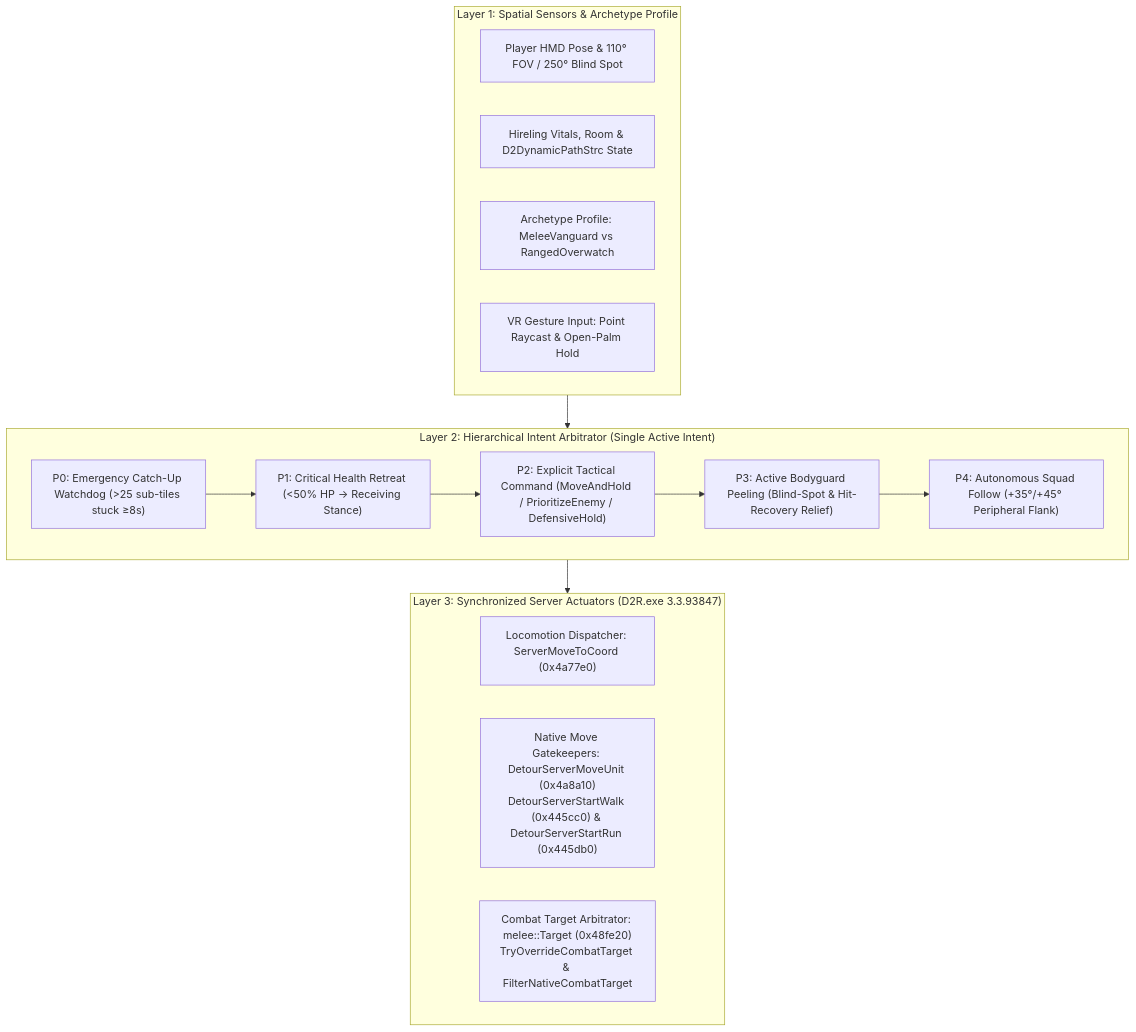
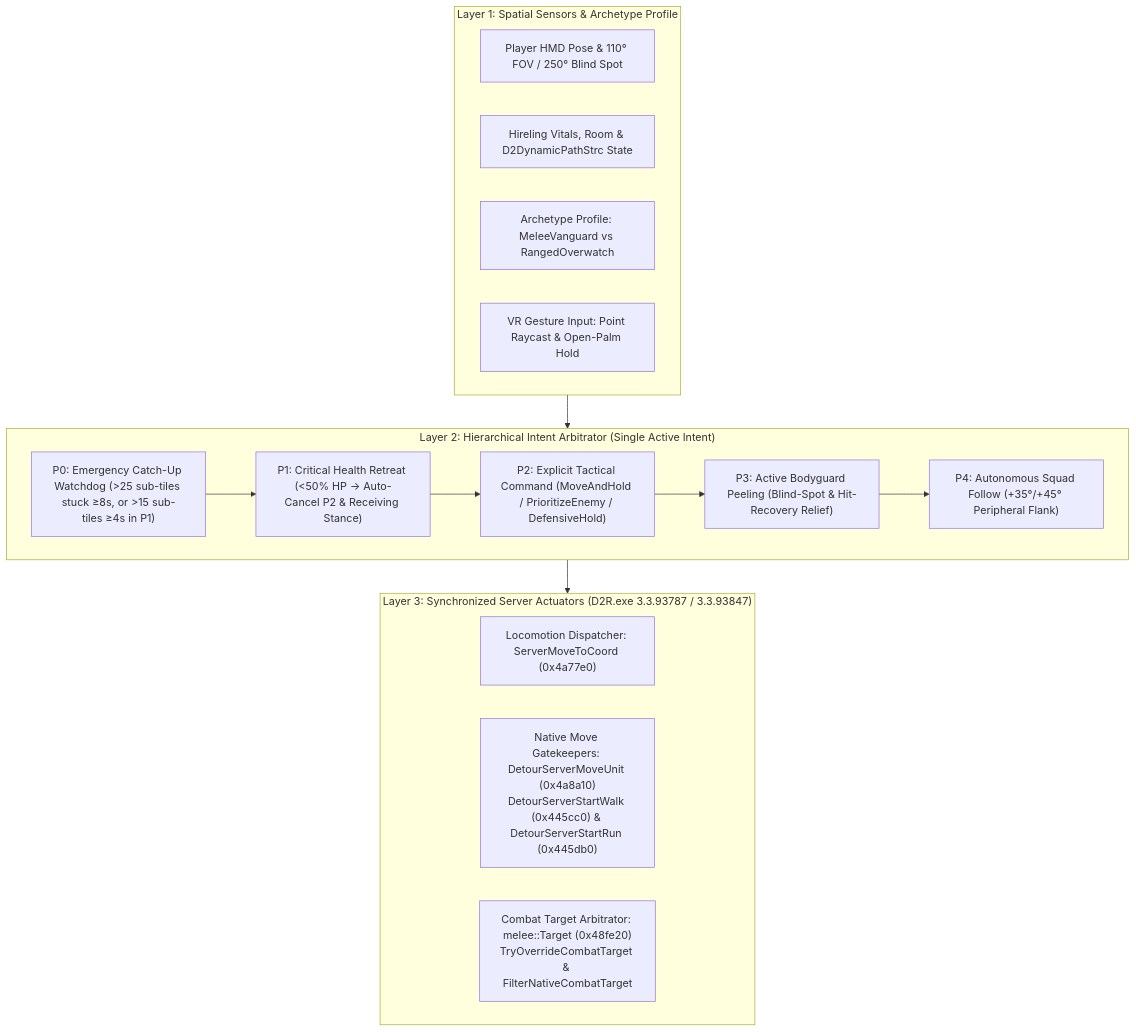
Before and after one commit to Mcklem/d2r-pcvr: the diagram in docs/VR_COMPANION_AI.md, drawn with Mermaid. The commit also changed other lines of this file and 15 other files, not shown here.

````diff
--- a/docs/VR_COMPANION_AI.md
+++ b/docs/VR_COMPANION_AI.md
@@ -19,26 +19,26 @@
 ```mermaid
 flowchart TD
     subgraph L1["Layer 1: Spatial Sensors & Archetype Profile"]
         S1["Player HMD Pose & 110° FOV / 250° Blind Spot"]
         S2["Hireling Vitals, Room & D2DynamicPathStrc State"]
         S3["Archetype Profile: MeleeVanguard vs RangedOverwatch"]
         S4["VR Gesture Input: Point Raycast & Open-Palm Hold"]
     end
 
     subgraph L2["Layer 2: Hierarchical Intent Arbitrator (Single Active Intent)"]
-        P0["P0: Emergency Catch-Up Watchdog (>25 sub-tiles stuck ≥8s)"]
-        P1["P1: Critical Health Retreat (<50% HP -> Receiving Stance)"]
+        P0["P0: Emergency Catch-Up Watchdog (>25 sub-tiles stuck ≥8s, or >15 sub-tiles ≥4s in P1)"]
+        P1["P1: Critical Health Retreat (<50% HP -> Auto-Cancel P2 & Receiving Stance)"]
         P2["P2: Explicit Tactical Command (MoveAndHold / PrioritizeEnemy / DefensiveHold)"]
         P3["P3: Active Bodyguard Peeling (Blind-Spot & Hit-Recovery Relief)"]
         P4["P4: Autonomous Squad Follow (+35°/+45° Peripheral Flank)"]
         P0 --> P1 --> P2 --> P3 --> P4
     end
 
-    subgraph L3["Layer 3: Synchronized Server Actuators (D2R.exe 3.3.93847)"]
+    subgraph L3["Layer 3: Synchronized Server Actuators (D2R.exe 3.3.93787 / 3.3.93847)"]
         A1["Locomotion Dispatcher: ServerMoveToCoord (0x4a77e0)"]
         A2["Native Move Gatekeepers: DetourServerMoveUnit (0x4a8a10)<br/>DetourServerStartWalk (0x445cc0) & DetourServerStartRun (0x445db0)"]
         A3["Combat Target Arbitrator: melee::Target (0x48fe20)<br/>TryOverrideCombatTarget & FilterNativeCombatTarget"]
     end
 
     L1 --> L2 --> L3
 ```
````
